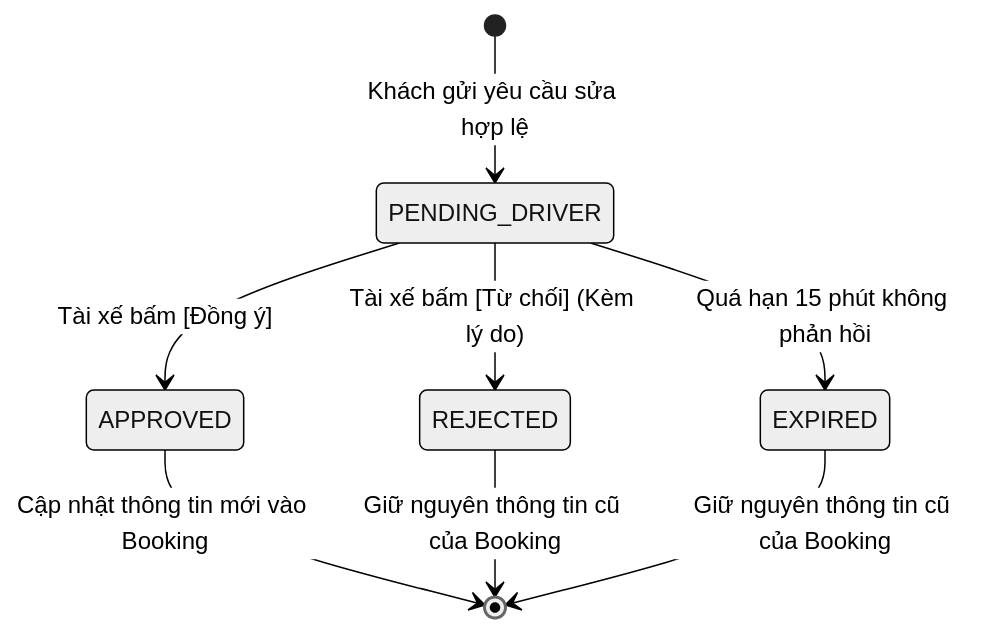
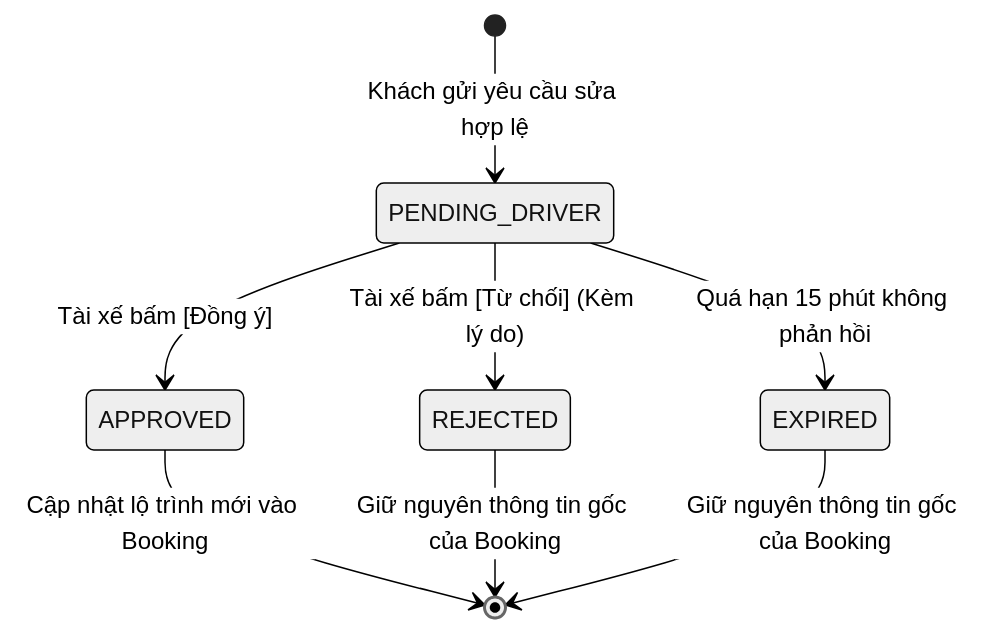
One commit to hungnx-yb/RideUpMicro changed the first of 2 diagrams in docs/Ke_hoach_trien_khai_Chinh_sua_Booking_va_Tai_xe_duyet_REQ_P3_01.md. Above: the diagram before and after it, drawn with Mermaid (neutral theme). The commit also changed other lines of this file and 21 other files, not shown here.

````diff
--- a/docs/Ke_hoach_trien_khai_Chinh_sua_Booking_va_Tai_xe_duyet_REQ_P3_01.md
+++ b/docs/Ke_hoach_trien_khai_Chinh_sua_Booking_va_Tai_xe_duyet_REQ_P3_01.md
@@ -120,12 +160,12 @@
 ```mermaid
 stateDiagram-v2
     [*] --> PENDING_DRIVER: Khách gửi yêu cầu sửa hợp lệ
     
     PENDING_DRIVER --> APPROVED: Tài xế bấm [Đồng ý]
     PENDING_DRIVER --> REJECTED: Tài xế bấm [Từ chối] (Kèm lý do)
     PENDING_DRIVER --> EXPIRED: Quá hạn 15 phút không phản hồi
     
-    APPROVED --> [*]: Cập nhật thông tin mới vào Booking
-    REJECTED --> [*]: Giữ nguyên thông tin cũ của Booking
-    EXPIRED --> [*]: Giữ nguyên thông tin cũ của Booking
+    APPROVED --> [*]: Cập nhật lộ trình mới vào Booking
+    REJECTED --> [*]: Giữ nguyên thông tin gốc của Booking
+    EXPIRED --> [*]: Giữ nguyên thông tin gốc của Booking
 ```
````
